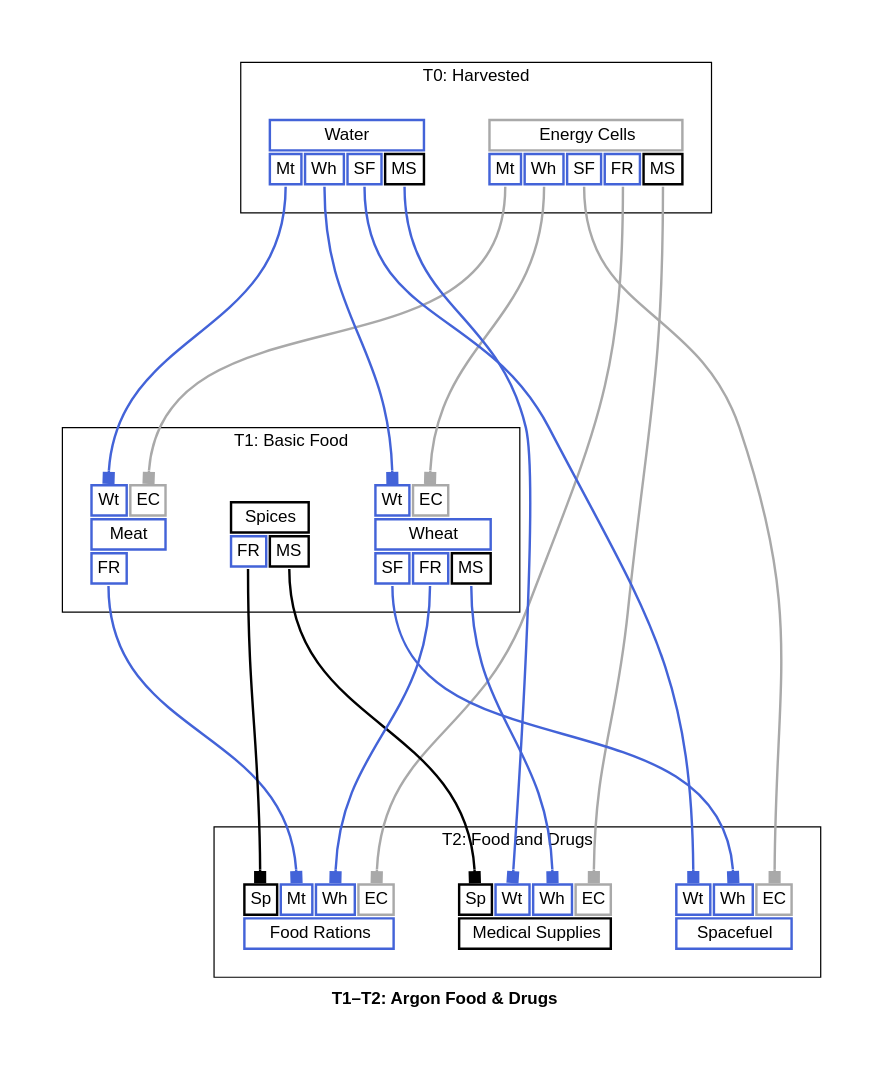
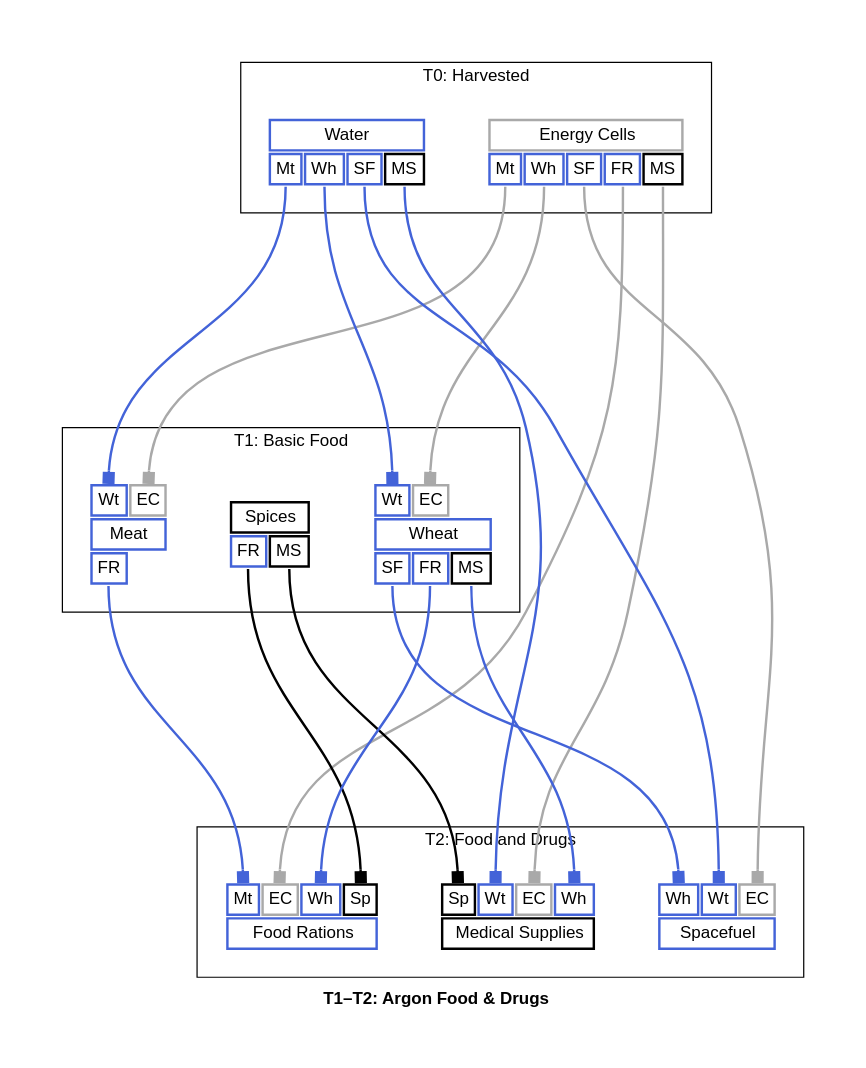
The diagram in docs/t1_t2_argon_food_drugs_graph_full.dot (borntyping/x4-diagrams), drawn with Graphviz before and after one commit. The commit also changed other lines of this file and 45 other files, not shown here.

```diff
--- a/docs/t1_t2_argon_food_drugs_graph_full.dot
+++ b/docs/t1_t2_argon_food_drugs_graph_full.dot
@@ -1,188 +1,188 @@
 digraph "X4 Economy" {
 	edge [arrowType=normal]
 	compound=true fontname="Helvetica,Arial,sans-serif"
 	label=<<b>T1–T2: Argon Food &amp; Drugs</b>>
 	graph [nodesep=0.3 pad=0.5 ranksep=3]
 	node [color=slategray1 fontname="Helvetica,Arial,sans-serif" margin=0.2 penwidth=2.0 shape=plaintext]
 	edge [arrowhead=normal arrowsize=1.0 fontname="Helvetica,Arial,sans-serif" headport=n penwidth=2.0 tailport=s]
 	subgraph 0 {
 		cluster=true label="T0: Harvested"
 		energy_cells [label=<<table border="0" cellborder="2" cellpadding="4" cellspacing="1" fixedsize="false" id="energy_cells" port="output">
   
   <tr>
     <td align="text" bgcolor="white" color="#a9a9a9" colspan="5">Energy Cells</td>
   </tr>
   
     <tr>
       
         <td align="text" bgcolor="white" color="#4363d8" port="meat">Mt</td>
       
         <td align="text" bgcolor="white" color="#4363d8" port="wheat">Wh</td>
       
         <td align="text" bgcolor="white" color="#4363d8" port="spacefuel">SF</td>
       
         <td align="text" bgcolor="white" color="#4363d8" port="food_rations">FR</td>
       
         <td align="text" bgcolor="white" color="#000000" port="medical_supplies">MS</td>
       
     </tr>
   
 </table>>]
 		water [label=<<table border="0" cellborder="2" cellpadding="4" cellspacing="1" fixedsize="false" id="water" port="output">
   
   <tr>
     <td align="text" bgcolor="white" color="#4363d8" colspan="4">Water</td>
   </tr>
   
     <tr>
       
         <td align="text" bgcolor="white" color="#4363d8" port="meat">Mt</td>
       
         <td align="text" bgcolor="white" color="#4363d8" port="wheat">Wh</td>
       
         <td align="text" bgcolor="white" color="#4363d8" port="spacefuel">SF</td>
       
         <td align="text" bgcolor="white" color="#000000" port="medical_supplies">MS</td>
       
     </tr>
   
 </table>>]
 	}
 	subgraph 1 {
 		cluster=true label="T1: Basic Food"
 		meat [label=<<table border="0" cellborder="2" cellpadding="4" cellspacing="1" fixedsize="false" id="meat" port="output">
   
     <tr>
       
         <td align="text" bgcolor="white" color="#4363d8" port="water">Wt</td>
       
         <td align="text" bgcolor="white" color="#a9a9a9" port="energy_cells">EC</td>
       
     </tr>
   
   <tr>
     <td align="text" bgcolor="white" color="#4363d8" colspan="2">Meat</td>
   </tr>
   
     <tr>
       
         <td align="text" bgcolor="white" color="#4363d8" port="food_rations">FR</td>
       
     </tr>
   
 </table>>]
 		spices [label=<<table border="0" cellborder="2" cellpadding="4" cellspacing="1" fixedsize="false" id="spices" port="output">
   
   <tr>
     <td align="text" bgcolor="white" color="#000000" colspan="2">Spices</td>
   </tr>
   
     <tr>
       
         <td align="text" bgcolor="white" color="#4363d8" port="food_rations">FR</td>
       
         <td align="text" bgcolor="white" color="#000000" port="medical_supplies">MS</td>
       
     </tr>
   
 </table>>]
 		wheat [label=<<table border="0" cellborder="2" cellpadding="4" cellspacing="1" fixedsize="false" id="wheat" port="output">
   
     <tr>
       
         <td align="text" bgcolor="white" color="#4363d8" port="water">Wt</td>
       
         <td align="text" bgcolor="white" color="#a9a9a9" port="energy_cells">EC</td>
       
     </tr>
   
   <tr>
     <td align="text" bgcolor="white" color="#4363d8" colspan="3">Wheat</td>
   </tr>
   
     <tr>
       
         <td align="text" bgcolor="white" color="#4363d8" port="spacefuel">SF</td>
       
         <td align="text" bgcolor="white" color="#4363d8" port="food_rations">FR</td>
       
         <td align="text" bgcolor="white" color="#000000" port="medical_supplies">MS</td>
       
     </tr>
   
 </table>>]
 	}
 	subgraph 2 {
 		cluster=true label="T2: Food and Drugs"
 		food_rations [label=<<table border="0" cellborder="2" cellpadding="4" cellspacing="1" fixedsize="false" id="food_rations" port="output">
   
     <tr>
       
-        <td align="text" bgcolor="white" color="#000000" port="spices">Sp</td>
+        <td align="text" bgcolor="white" color="#4363d8" port="meat">Mt</td>
       
-        <td align="text" bgcolor="white" color="#4363d8" port="meat">Mt</td>
+        <td align="text" bgcolor="white" color="#a9a9a9" port="energy_cells">EC</td>
       
         <td align="text" bgcolor="white" color="#4363d8" port="wheat">Wh</td>
       
-        <td align="text" bgcolor="white" color="#a9a9a9" port="energy_cells">EC</td>
+        <td align="text" bgcolor="white" color="#000000" port="spices">Sp</td>
       
     </tr>
   
   <tr>
     <td align="text" bgcolor="white" color="#4363d8" colspan="4">Food Rations</td>
   </tr>
   
 </table>>]
 		medical_supplies [label=<<table border="0" cellborder="2" cellpadding="4" cellspacing="1" fixedsize="false" id="medical_supplies" port="output">
   
     <tr>
       
         <td align="text" bgcolor="white" color="#000000" port="spices">Sp</td>
       
         <td align="text" bgcolor="white" color="#4363d8" port="water">Wt</td>
       
+        <td align="text" bgcolor="white" color="#a9a9a9" port="energy_cells">EC</td>
+      
         <td align="text" bgcolor="white" color="#4363d8" port="wheat">Wh</td>
-      
-        <td align="text" bgcolor="white" color="#a9a9a9" port="energy_cells">EC</td>
       
     </tr>
   
   <tr>
     <td align="text" bgcolor="white" color="#000000" colspan="4">Medical Supplies</td>
   </tr>
   
 </table>>]
 		spacefuel [label=<<table border="0" cellborder="2" cellpadding="4" cellspacing="1" fixedsize="false" id="spacefuel" port="output">
   
     <tr>
       
+        <td align="text" bgcolor="white" color="#4363d8" port="wheat">Wh</td>
+      
         <td align="text" bgcolor="white" color="#4363d8" port="water">Wt</td>
-      
-        <td align="text" bgcolor="white" color="#4363d8" port="wheat">Wh</td>
       
         <td align="text" bgcolor="white" color="#a9a9a9" port="energy_cells">EC</td>
       
     </tr>
   
   <tr>
     <td align="text" bgcolor="white" color="#4363d8" colspan="3">Spacefuel</td>
   </tr>
   
 </table>>]
 	}
 	energy_cells:meat:s -> meat:energy_cells:n [arrowhead=box color="#a9a9a9" weight=1.0]
 	water:meat:s -> meat:water:n [arrowhead=box color="#4363d8" weight=1.0]
 	energy_cells:wheat:s -> wheat:energy_cells:n [arrowhead=box color="#a9a9a9" weight=1.0]
 	water:wheat:s -> wheat:water:n [arrowhead=box color="#4363d8" weight=1.0]
 	energy_cells:spacefuel:s -> spacefuel:energy_cells:n [arrowhead=box color="#a9a9a9" weight=1.0]
 	water:spacefuel:s -> spacefuel:water:n [arrowhead=box color="#4363d8" weight=1.0]
 	wheat:spacefuel:s -> spacefuel:wheat:n [arrowhead=box color="#4363d8" weight=1.0]
 	energy_cells:food_rations:s -> food_rations:energy_cells:n [arrowhead=box color="#a9a9a9" weight=1.0]
 	meat:food_rations:s -> food_rations:meat:n [arrowhead=box color="#4363d8" weight=1.0]
 	spices:food_rations:s -> food_rations:spices:n [arrowhead=box color="#000000" weight=1.0]
 	wheat:food_rations:s -> food_rations:wheat:n [arrowhead=box color="#4363d8" weight=1.0]
 	energy_cells:medical_supplies:s -> medical_supplies:energy_cells:n [arrowhead=box color="#a9a9a9" weight=1.0]
 	spices:medical_supplies:s -> medical_supplies:spices:n [arrowhead=box color="#000000" weight=1.0]
 	water:medical_supplies:s -> medical_supplies:water:n [arrowhead=box color="#4363d8" weight=1.0]
 	wheat:medical_supplies:s -> medical_supplies:wheat:n [arrowhead=box color="#4363d8" weight=1.0]
 }
```
